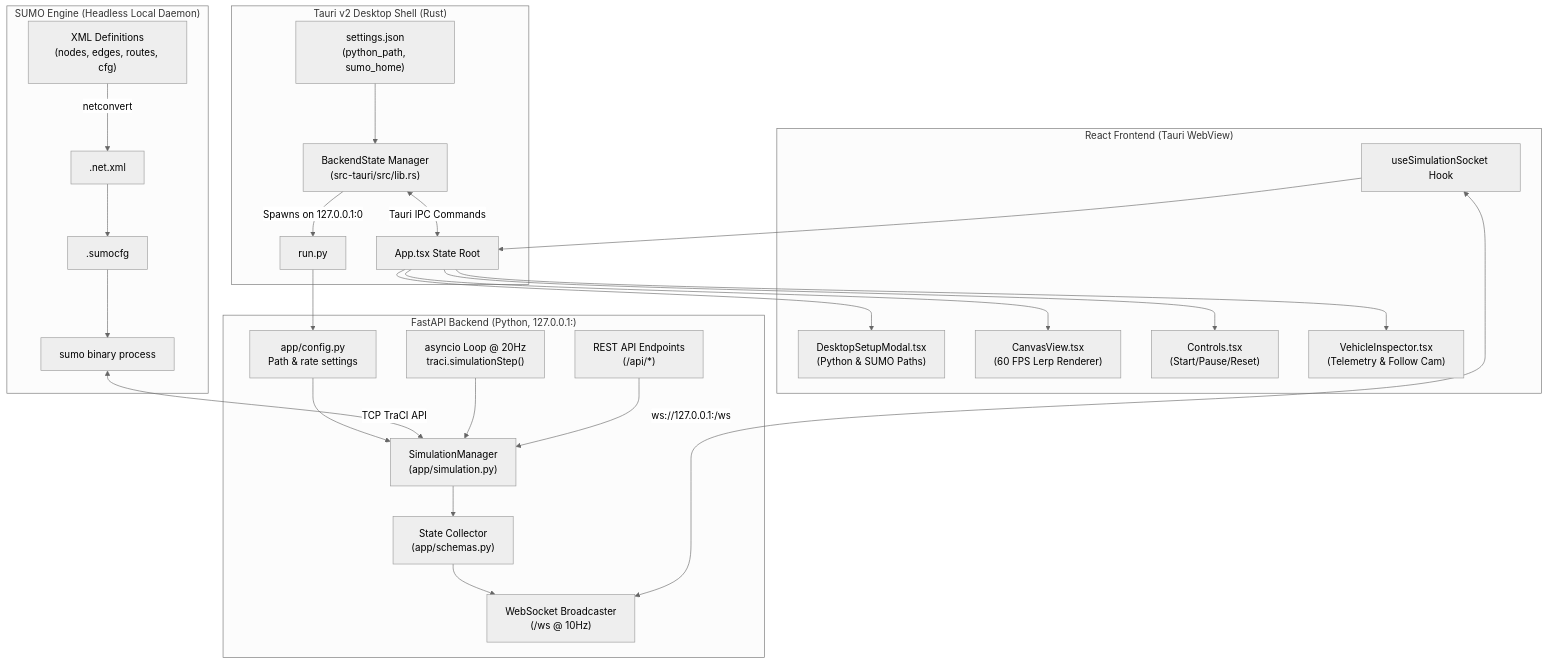
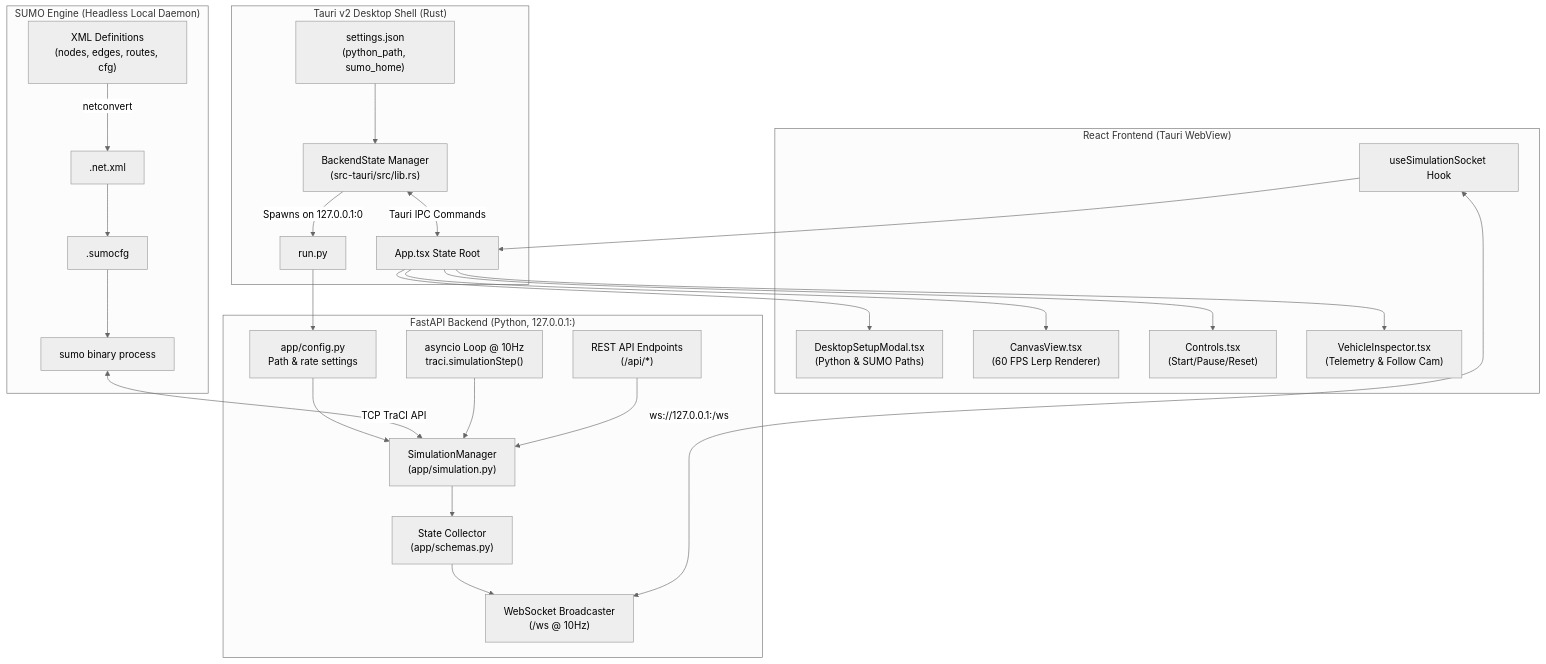
The diagram in AGENTS.md (vkivaturi/traffis), drawn with Mermaid (neutral theme) before and after one commit. The commit also changed other lines of this file and 14 other files, not shown here.

Commit message:
refactor: change simulation step length from 50ms to 100ms (10Hz)

````diff
--- a/AGENTS.md
+++ b/AGENTS.md
@@ -22,33 +22,33 @@
 ```mermaid
 flowchart TD
     subgraph Tauri_Shell ["Tauri v2 Desktop Shell (Rust)"]
         CFG["settings.json<br/>(python_path, sumo_home)"] --> MGR["BackendState Manager<br/>(src-tauri/src/lib.rs)"]
         MGR -->|Spawns on 127.0.0.1:0| PROC_PY
         MGR <-->|Tauri IPC Commands| APP
     end
 
     subgraph SUMO_Engine ["SUMO Engine (Headless Local Daemon)"]
         XML["XML Definitions<br/>(nodes, edges, routes, cfg)"] -->|netconvert| NET[".net.xml"]
         NET --> SUMOCFG[".sumocfg"]
         SUMOCFG --> PROC["sumo binary process"]
     end
 
     subgraph Backend ["FastAPI Backend (Python, 127.0.0.1:<port>)"]
         PROC_PY["run.py"] --> CONF["app/config.py<br/>Path & rate settings"]
         CONF --> SM["SimulationManager<br/>(app/simulation.py)"]
         PROC <-->|TCP TraCI API| SM
-        LOOP["asyncio Loop @ 20Hz<br/>traci.simulationStep()"] --> SM
+        LOOP["asyncio Loop @ 10Hz<br/>traci.simulationStep()"] --> SM
         SM --> STATE["State Collector<br/>(app/schemas.py)"]
         STATE --> WS["WebSocket Broadcaster<br/>(/ws @ 10Hz)"]
         REST["REST API Endpoints<br/>(/api/*)"] --> SM
     end
 
     subgraph Frontend ["React Frontend (Tauri WebView)"]
         SOCK["useSimulationSocket Hook"] <-->|ws://127.0.0.1:<port>/ws| WS
         SOCK --> APP["App.tsx State Root"]
         APP --> SETUP["DesktopSetupModal.tsx<br/>(Python & SUMO Paths)"]
         APP --> CV["CanvasView.tsx<br/>(60 FPS Lerp Renderer)"]
         APP --> CTRL["Controls.tsx<br/>(Start/Pause/Reset)"]
         APP --> INSP["VehicleInspector.tsx<br/>(Telemetry & Follow Cam)"]
     end
 ```
````
